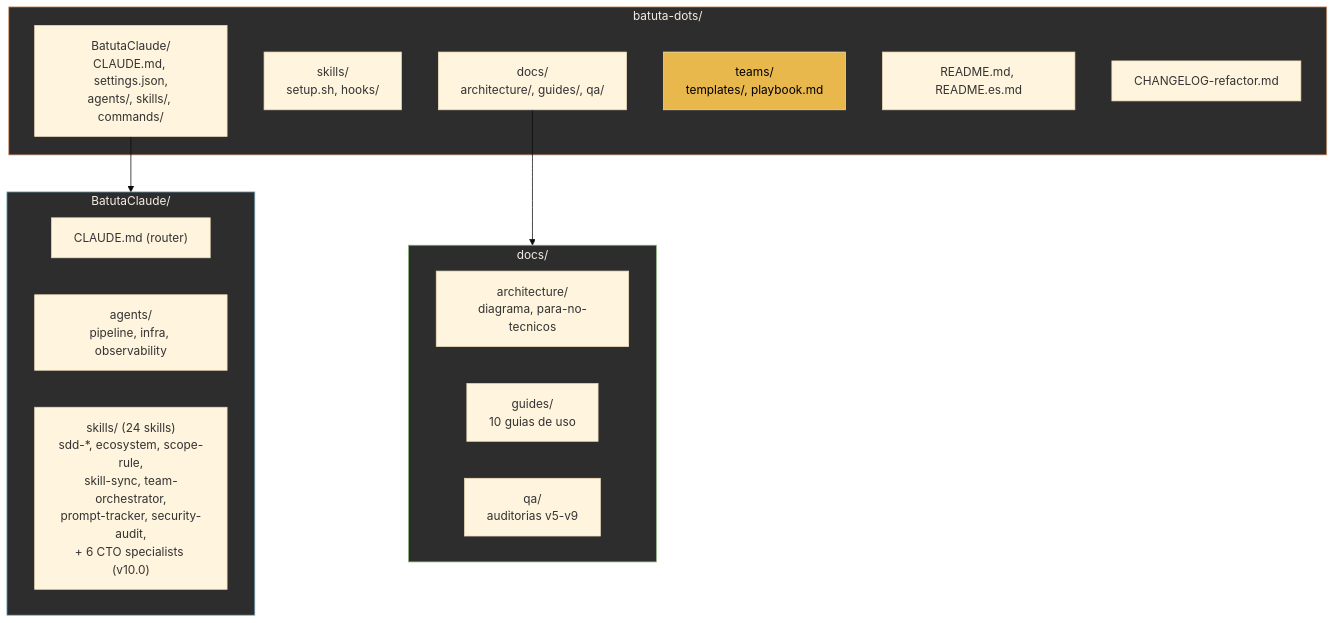
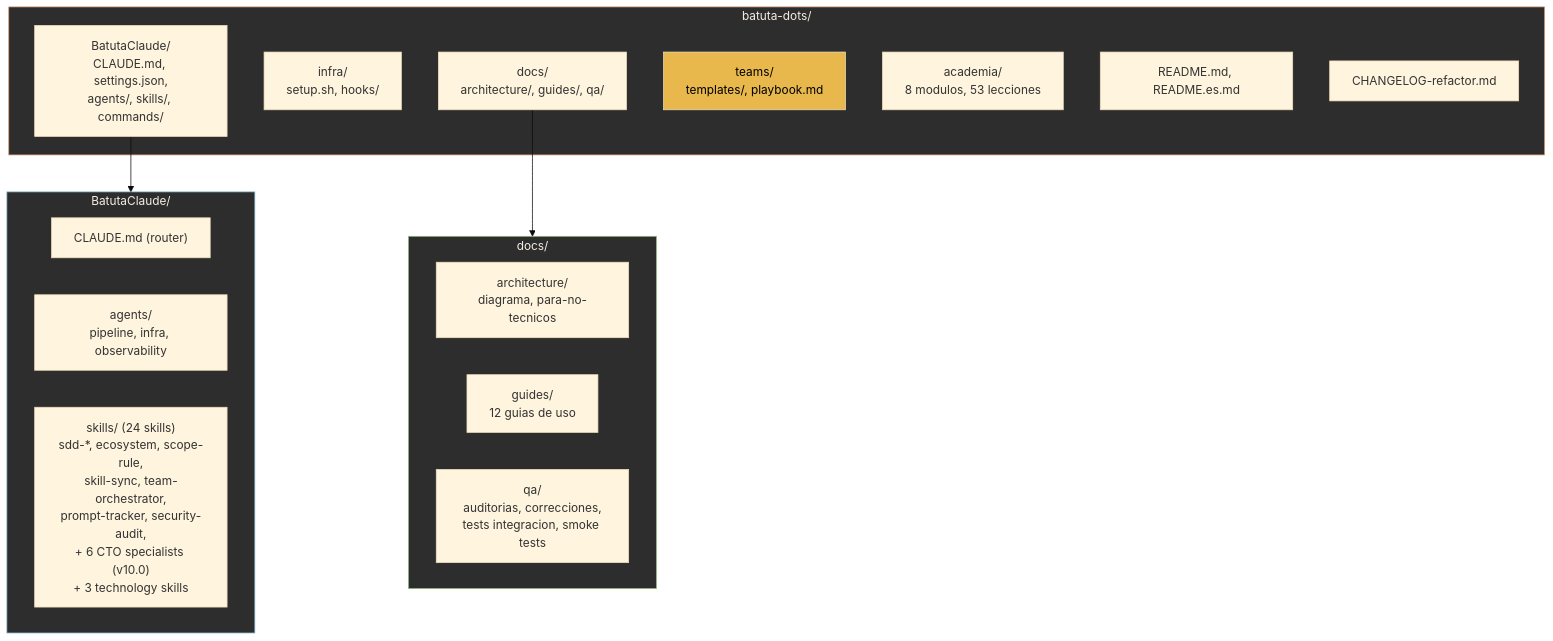
Before and after one commit to jota-batuta/batuta-dots: diagram 23 of 23 in docs/architecture/arquitectura-diagrama.md, drawn with Mermaid (base theme). The commit also changed other lines of this file and 6 other files, not shown here.

````diff
--- a/docs/architecture/arquitectura-diagrama.md
+++ b/docs/architecture/arquitectura-diagrama.md
@@ -830,31 +830,32 @@
 ```mermaid
 flowchart TD
     subgraph ROOT["batuta-dots/"]
         CLAUDE_DIR["BatutaClaude/<br/>CLAUDE.md, settings.json,<br/>agents/, skills/, commands/"]
-        SKILLS_DIR["skills/<br/>setup.sh, hooks/"]
+        INFRA_DIR["infra/<br/>setup.sh, hooks/"]
         DOCS["docs/<br/>architecture/, guides/, qa/"]
         TEAMS["teams/<br/>templates/, playbook.md"]
+        ACADEMIA["academia/<br/>8 modulos, 53 lecciones"]
         README["README.md, README.es.md"]
         CHANGELOG["CHANGELOG-refactor.md"]
     end
 
     subgraph CLAUDE_DETAIL["BatutaClaude/"]
         CLAUDE_MD["CLAUDE.md (router)"]
         AGENTS["agents/<br/>pipeline, infra, observability"]
-        SKILLS_24["skills/ (24 skills)<br/>sdd-*, ecosystem, scope-rule,<br/>skill-sync, team-orchestrator,<br/>prompt-tracker, security-audit,<br/>+ 6 CTO specialists (v10.0)"]
+        SKILLS_24["skills/ (24 skills)<br/>sdd-*, ecosystem, scope-rule,<br/>skill-sync, team-orchestrator,<br/>prompt-tracker, security-audit,<br/>+ 6 CTO specialists (v10.0)<br/>+ 3 technology skills"]
     end
 
     subgraph DOCS_DETAIL["docs/"]
         ARCH["architecture/<br/>diagrama, para-no-tecnicos"]
-        GUIDES["guides/<br/>10 guias de uso"]
-        QA["qa/<br/>auditorias v5-v9"]
+        GUIDES["guides/<br/>12 guias de uso"]
+        QA["qa/<br/>auditorias, correcciones,<br/>tests integracion, smoke tests"]
     end
 
     CLAUDE_DIR --> CLAUDE_DETAIL
     DOCS --> DOCS_DETAIL
 
     style ROOT fill:#2d2d2d,stroke:#D4956A,color:#F5EDE4
     style CLAUDE_DETAIL fill:#2d2d2d,stroke:#7AAFC4,color:#F5EDE4
     style DOCS_DETAIL fill:#2d2d2d,stroke:#8BB87A,color:#F5EDE4
     style TEAMS fill:#E8B84D,color:#000
 ```
````
